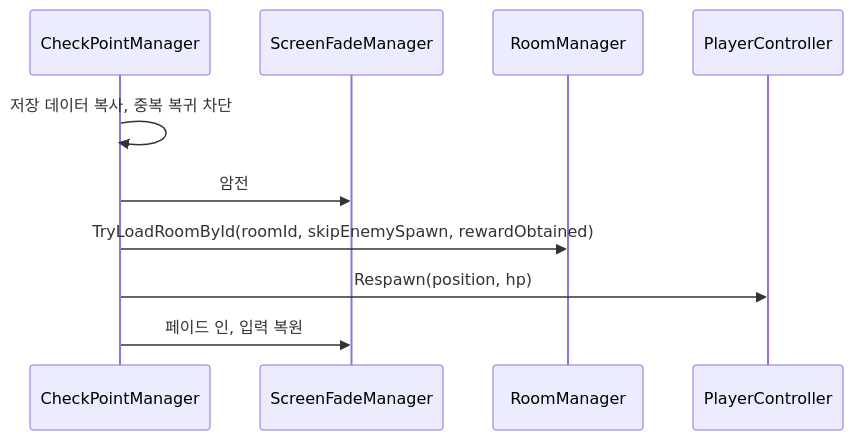
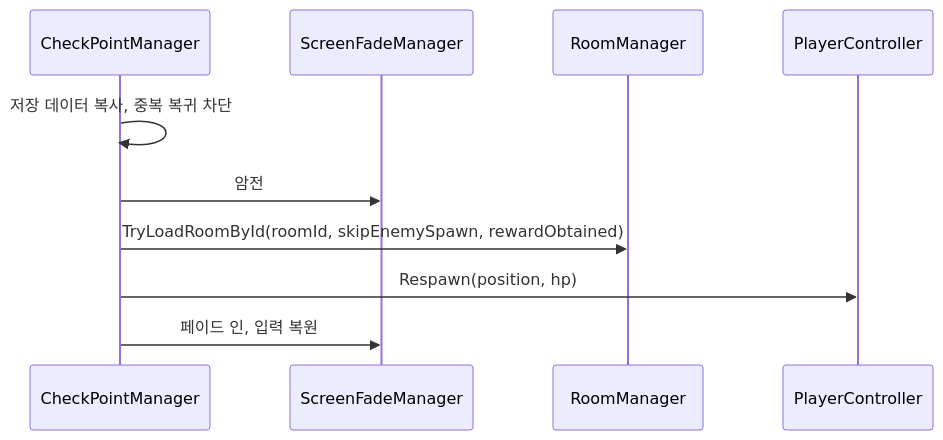
The ninth of 10 diagrams in src/3-Arcanist/TechDoc_Arcanist.md (keeeery/portfolio), drawn with Mermaid before and after one commit. The commit also changed other lines of this file and 12 other files, not shown here.

Commit message:
프로젝트 문서: 장 제목 정리와 다이어그램 배치·문구 다듬기(사천성·Nutrifit 등), 데이터 다시 빌드

````diff
--- a/src/3-Arcanist/TechDoc_Arcanist.md
+++ b/src/3-Arcanist/TechDoc_Arcanist.md
@@ -839,12 +909,13 @@
 ```mermaid
+%%{init: {"sequence": {"actorMargin": 80}}}%%
 sequenceDiagram
     participant Check as CheckPointManager
     participant Fade as ScreenFadeManager
     participant Room as RoomManager
     participant Player as PlayerController
     Check->>Check: 저장 데이터 복사, 중복 복귀 차단
     Check->>Fade: 암전
     Check->>Room: TryLoadRoomById(roomId, skipEnemySpawn, rewardObtained)
     Check->>Player: Respawn(position, hp)
     Check->>Fade: 페이드 인, 입력 복원
 ```
````
